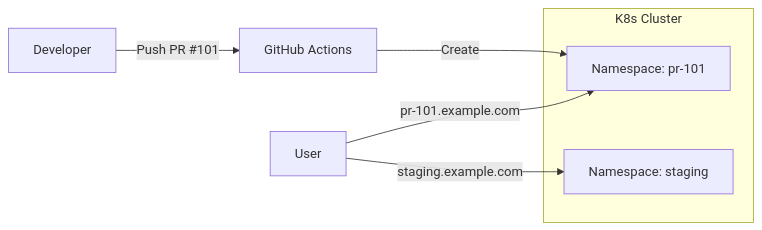
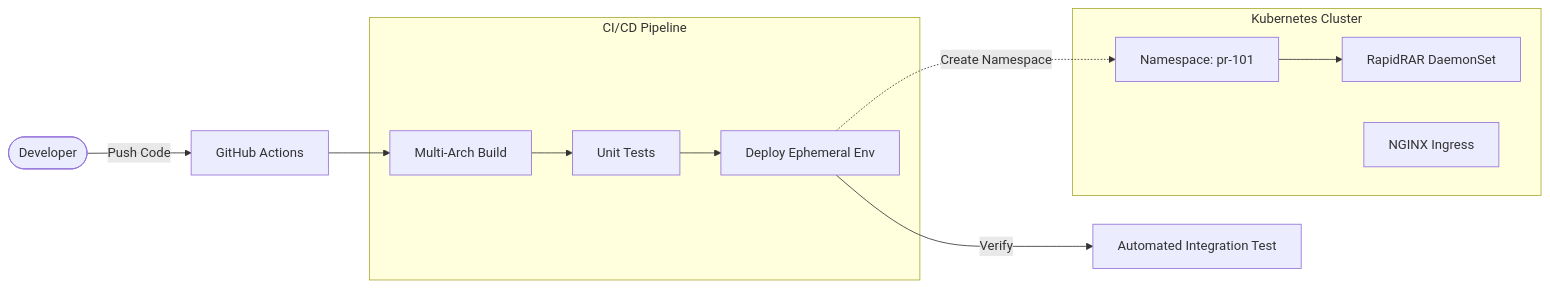
Before and after one commit to aLittlecrocodile/RapidRAR: the diagram in README.md, drawn with Mermaid. The commit also changed other lines of this file, not shown here.

````diff
--- a/README.md
+++ b/README.md
@@ -22,13 +28,22 @@
 ```mermaid
 graph LR
-    Dev[Developer] -->|Push PR #101| CI[GitHub Actions]
-    CI -->|Create| NS[Namespace: pr-101]
+    User([Developer]) -->|Push Code| GH[GitHub Actions]
     
-    subgraph K8s Cluster
-        Staging[Namespace: staging]
-        NS
+    subgraph CI_Pipeline [CI/CD Pipeline]
+        Build[Multi-Arch Build]
+        Test[Unit Tests]
+        Deploy[Deploy Ephemeral Env]
     end
     
-    User -->|pr-101.example.com| NS
-    User -->|staging.example.com| Staging
+    GH --> Build --> Test --> Deploy
+    
+    subgraph K8s [Kubernetes Cluster]
+        DaemonSet[RapidRAR DaemonSet]
+        Ingress[NGINX Ingress]
+        
+        Deploy -.->|Create Namespace| NS[Namespace: pr-101]
+        NS --> DaemonSet
+    end
+
+    Deploy -->|Verify| AutoTest[Automated Integration Test]
 ```
````
